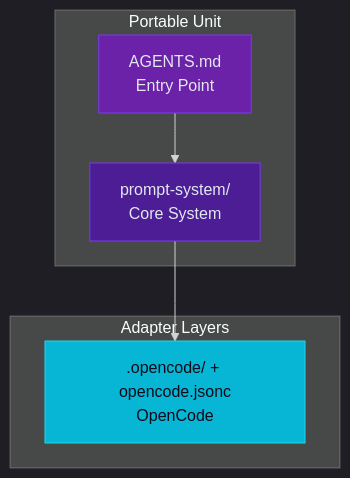
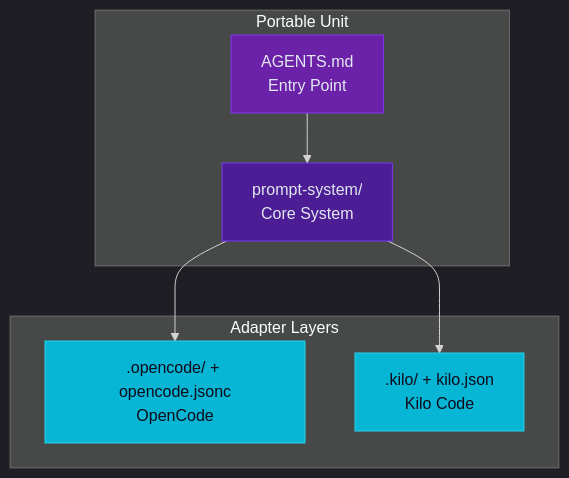
The diagram in SYSTEM_OVERVIEW.md (simwai/perplexity-prompts), drawn with Mermaid before and after one commit. The commit also changed other lines of this file and 2 other files, not shown here.

First line of the commit message:
docs(kilo): document Kilo Code adapter layer

````diff
--- a/SYSTEM_OVERVIEW.md
+++ b/SYSTEM_OVERVIEW.md
@@ -9,23 +9,25 @@
 ```mermaid
 %%{init: {'theme': 'dark'}}%%
 flowchart TD
     subgraph PORTABLE["Portable Unit"]
         AGENTS["AGENTS.md<br/>Entry Point"]
         PS["prompt-system/<br/>Core System"]
     end
 
     subgraph ADAPTERS["Adapter Layers"]
         OPENCODE[".opencode/ + opencode.jsonc<br/>OpenCode"]
+        KILO[".kilo/ + kilo.json<br/>Kilo Code"]
     end
 
     AGENTS --> PS
     PS --> OPENCODE
+    PS --> KILO
 
     classDef entry fill:#6B21A8,stroke:#7C3AED,color:#E2E8F0;
     classDef core fill:#4C1D95,stroke:#7C3AED,color:#E2E8F0;
     classDef adapter fill:#06B6D4,stroke:#22D3EE,color:#0F0A1A;
 
     class AGENTS entry
     class PS core
-    class OPENCODE adapter
+    class OPENCODE,KILO adapter
 ```
````
